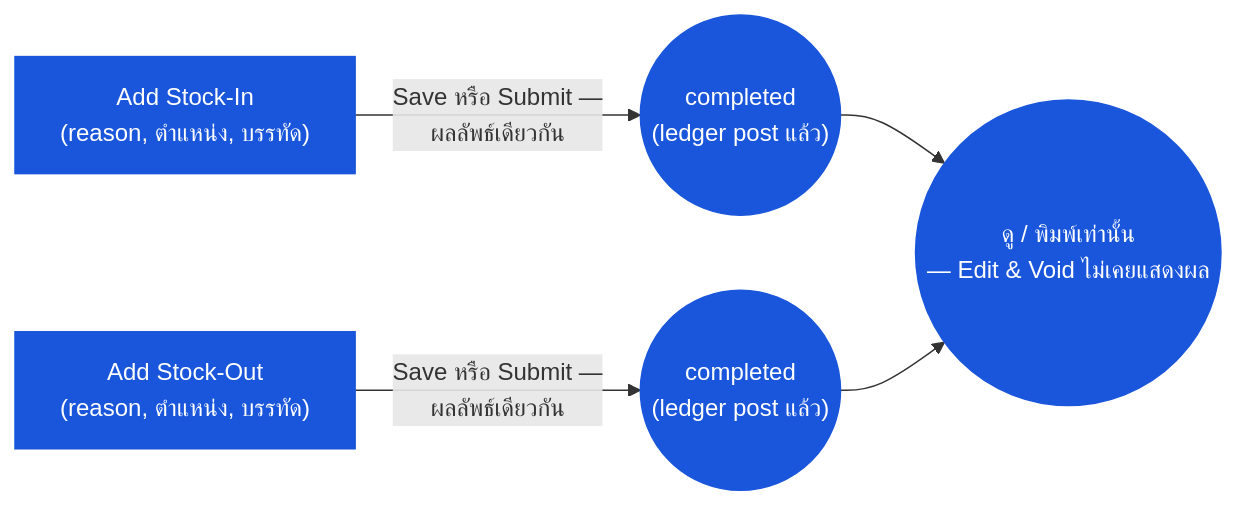
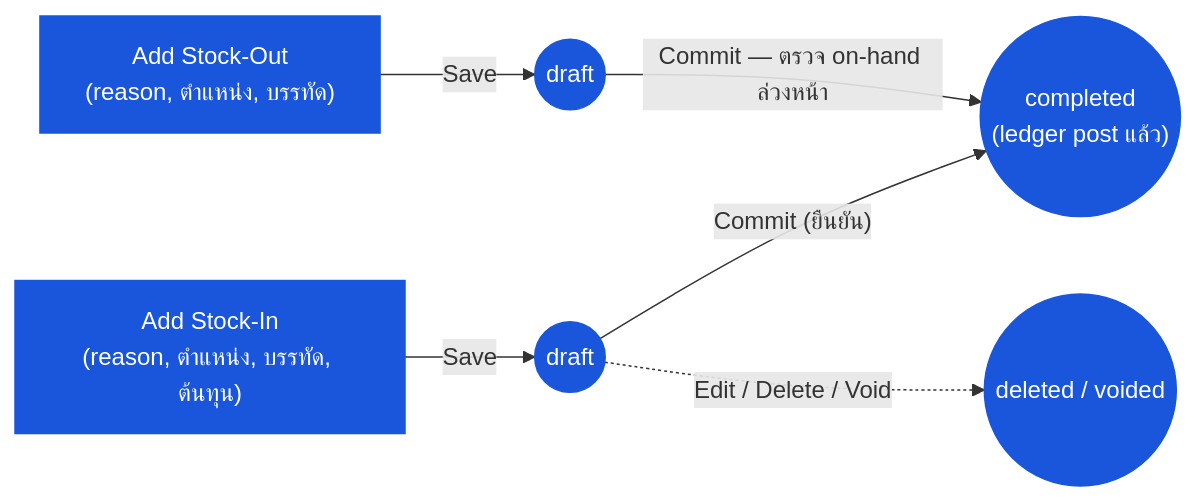
One commit to CarmenSoftware-organization/carmen-wiki changed the diagram in th/inventory/inventory-adjustment/03-user-flow-store-keeper.md. Above: the diagram before and after it, drawn with Mermaid. The commit also changed other lines of this file and 31 other files, not shown here.

````diff
--- a/th/inventory/inventory-adjustment/03-user-flow-store-keeper.md
+++ b/th/inventory/inventory-adjustment/03-user-flow-store-keeper.md
@@ -19,8 +19,9 @@
 ```mermaid
 graph LR
-    create_in["Add Stock-In\n(reason, ตำแหน่ง, บรรทัด)"]:::current -->|"Save หรือ Submit —\nผลลัพธ์เดียวกัน"| completed_in(("completed\n(ledger post แล้ว)")):::current
-    create_out["Add Stock-Out\n(reason, ตำแหน่ง, บรรทัด)"]:::current -->|"Save หรือ Submit —\nผลลัพธ์เดียวกัน"| completed_out(("completed\n(ledger post แล้ว)")):::current
-    completed_in --> readonly(("ดู / พิมพ์เท่านั้น\n— Edit & Void ไม่เคยแสดงผล")):::current
-    completed_out --> readonly
+    create_in["Add Stock-In\n(reason, ตำแหน่ง, บรรทัด, ต้นทุน)"]:::current -->|"Save"| draft_in(("draft")):::current
+    create_out["Add Stock-Out\n(reason, ตำแหน่ง, บรรทัด)"]:::current -->|"Save"| draft_out(("draft")):::current
+    draft_in -->|"Commit (ยืนยัน)"| posted(("completed\n(ledger post แล้ว)")):::current
+    draft_out -->|"Commit — ตรวจ on-hand ล่วงหน้า"| posted
+    draft_in -.->|"Edit / Delete / Void"| gone(("deleted / voided")):::current
     classDef current fill:#1a56db,color:#fff,stroke:#1a56db;
 ```
````
